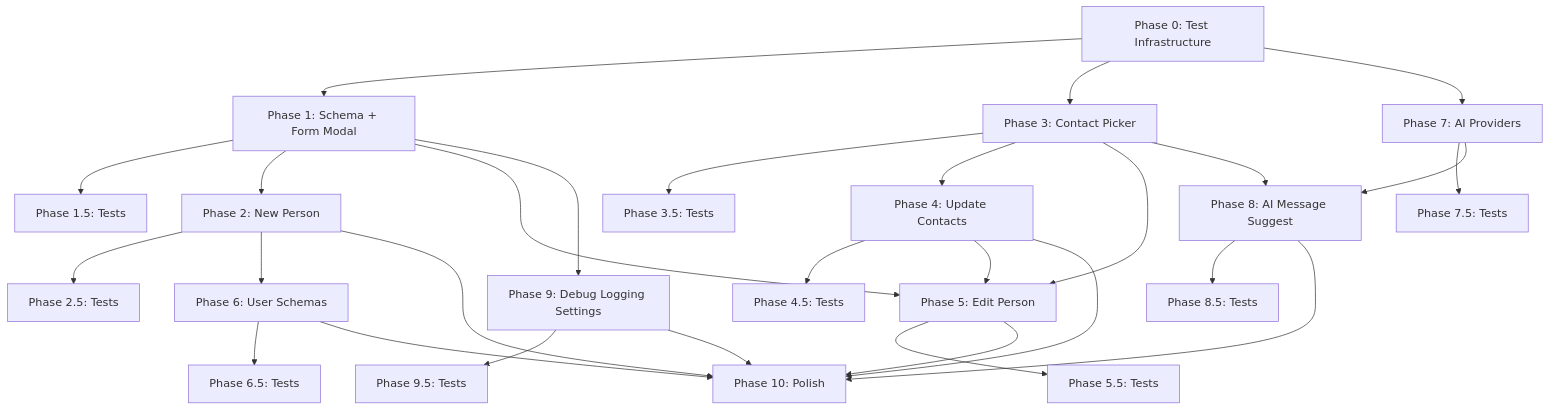
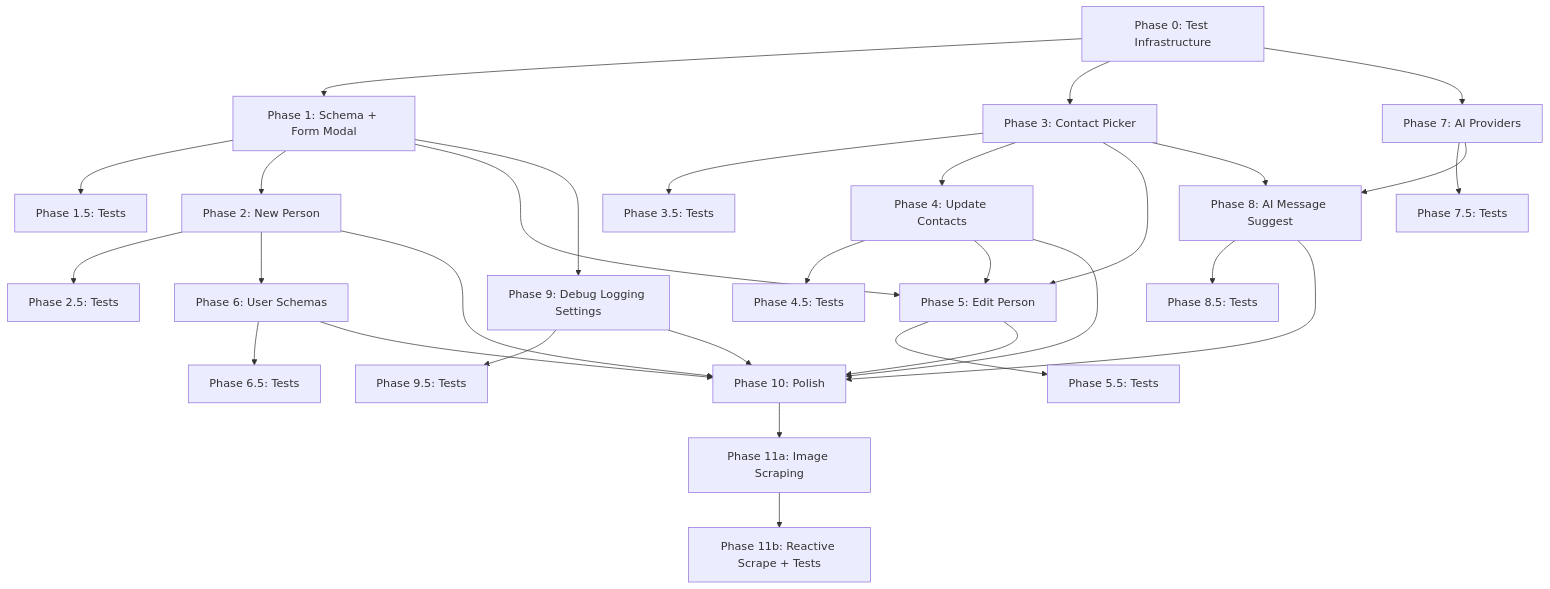
Before and after one commit to thuban87/Orbit: the diagram in docs/UX Overhaul - Implementation Plan.md, drawn with Mermaid. The commit also changed other lines of this file and 21 other files, not shown here.

First line of the commit message:
feat(photos): add image scraping for contact photos (Phase 11)

````diff
--- a/docs/UX Overhaul - Implementation Plan.md
+++ b/docs/UX Overhaul - Implementation Plan.md
@@ -1228,30 +1320,32 @@
 ```mermaid
 graph TD
     P0["Phase 0: Test Infrastructure"] --> P1["Phase 1: Schema + Form Modal"]
     P1 --> P1T["Phase 1.5: Tests"]
     P1 --> P2["Phase 2: New Person"]
     P2 --> P2T["Phase 2.5: Tests"]
     P1 --> P5["Phase 5: Edit Person"]
     P2 --> P6["Phase 6: User Schemas"]
     P6 --> P6T["Phase 6.5: Tests"]
     P0 --> P3["Phase 3: Contact Picker"]
     P3 --> P3T["Phase 3.5: Tests"]
     P3 --> P4["Phase 4: Update Contacts"]
     P4 --> P4T["Phase 4.5: Tests"]
     P3 --> P5
     P3 --> P8["Phase 8: AI Message Suggest"]
     P4 --> P5
     P5 --> P5T["Phase 5.5: Tests"]
     P0 --> P7["Phase 7: AI Providers"]
     P7 --> P7T["Phase 7.5: Tests"]
     P7 --> P8
     P8 --> P8T["Phase 8.5: Tests"]
     P1 --> P9["Phase 9: Debug Logging Settings"]
     P9 --> P9T["Phase 9.5: Tests"]
     P2 --> P10["Phase 10: Polish"]
     P4 --> P10
     P5 --> P10
     P6 --> P10
     P8 --> P10
     P9 --> P10
+    P10 --> P11a["Phase 11a: Image Scraping"]
+    P11a --> P11b["Phase 11b: Reactive Scrape + Tests"]
 ```
````
